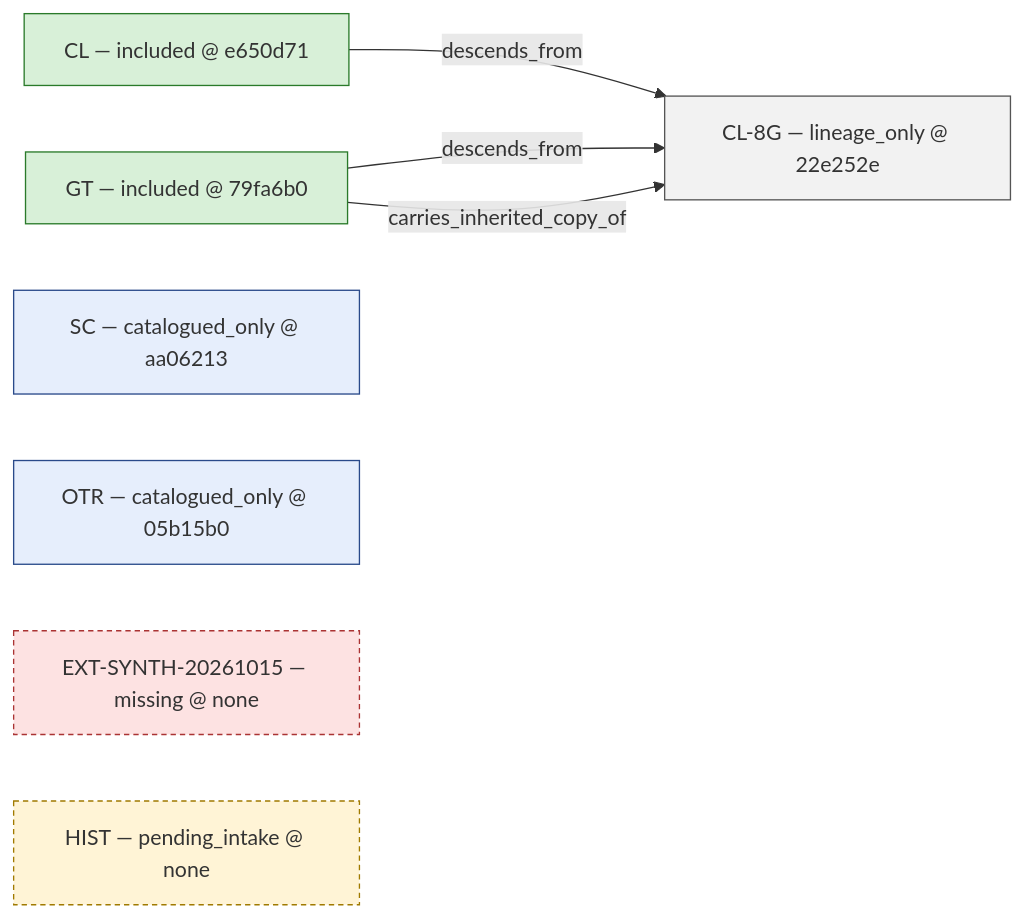
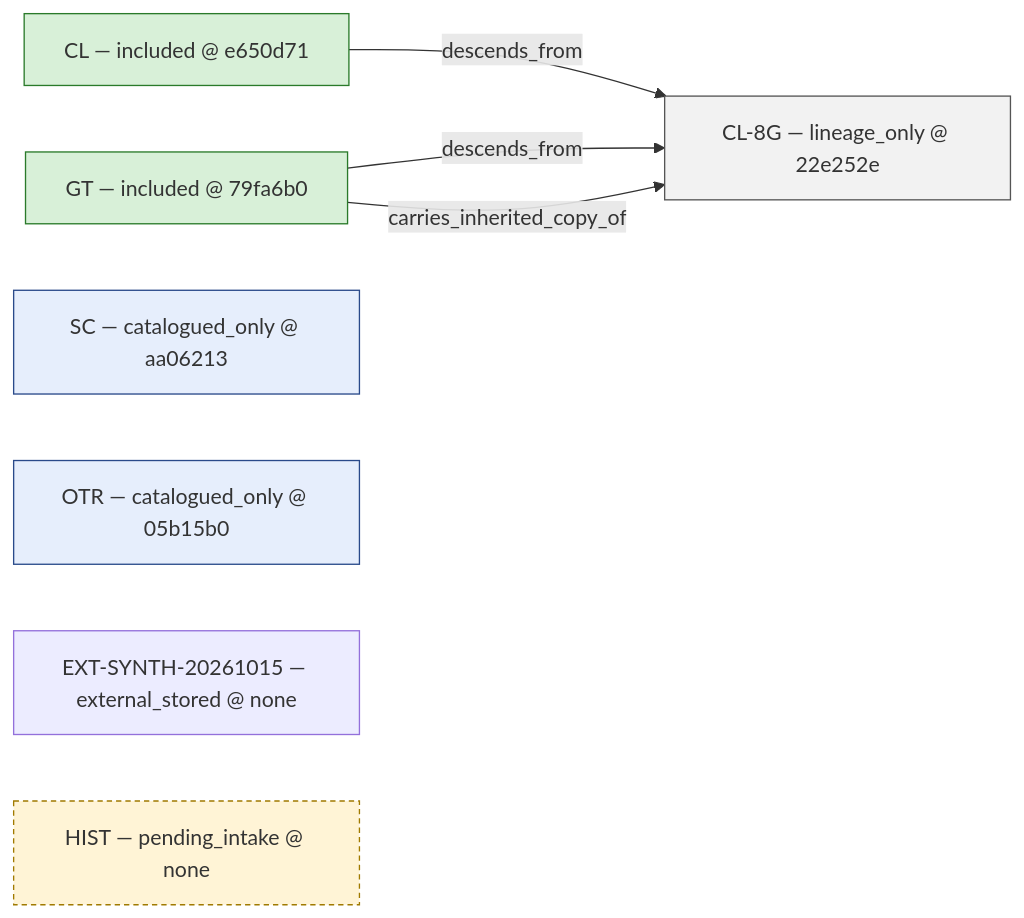
The diagram in research-synthesis/generated/provenance.mmd (gellsmore-svg/Relational-Substrate), drawn with Mermaid before and after one commit. The commit also changed 122 other files, not shown here.

```diff
--- a/research-synthesis/generated/provenance.mmd
+++ b/research-synthesis/generated/provenance.mmd
@@ -1,16 +1,16 @@
 graph LR
   n_CL["CL — included @ e650d71"]:::included
   n_GT["GT — included @ 79fa6b0"]:::included
   n_CL_8G["CL-8G — lineage_only @ 22e252e"]:::lineage_only
   n_SC["SC — catalogued_only @ aa06213"]:::catalogued_only
   n_OTR["OTR — catalogued_only @ 05b15b0"]:::catalogued_only
-  n_EXT_SYNTH_20261015["EXT-SYNTH-20261015 — missing @ none"]:::missing
+  n_EXT_SYNTH_20261015["EXT-SYNTH-20261015 — external_stored @ none"]:::external_stored
   n_HIST["HIST — pending_intake @ none"]:::pending_intake
   n_CL -->|descends_from| n_CL_8G
   n_GT -->|descends_from| n_CL_8G
   n_GT -->|carries_inherited_copy_of| n_CL_8G
   classDef included fill:#d8f0d8,stroke:#2a7a2a
   classDef catalogued_only fill:#e6eefc,stroke:#2a4a8a
   classDef lineage_only fill:#f2f2f2,stroke:#555
   classDef missing fill:#fde2e2,stroke:#a33,stroke-dasharray: 4 3
   classDef pending_intake fill:#fff4d6,stroke:#a07a00,stroke-dasharray: 4 3
```
